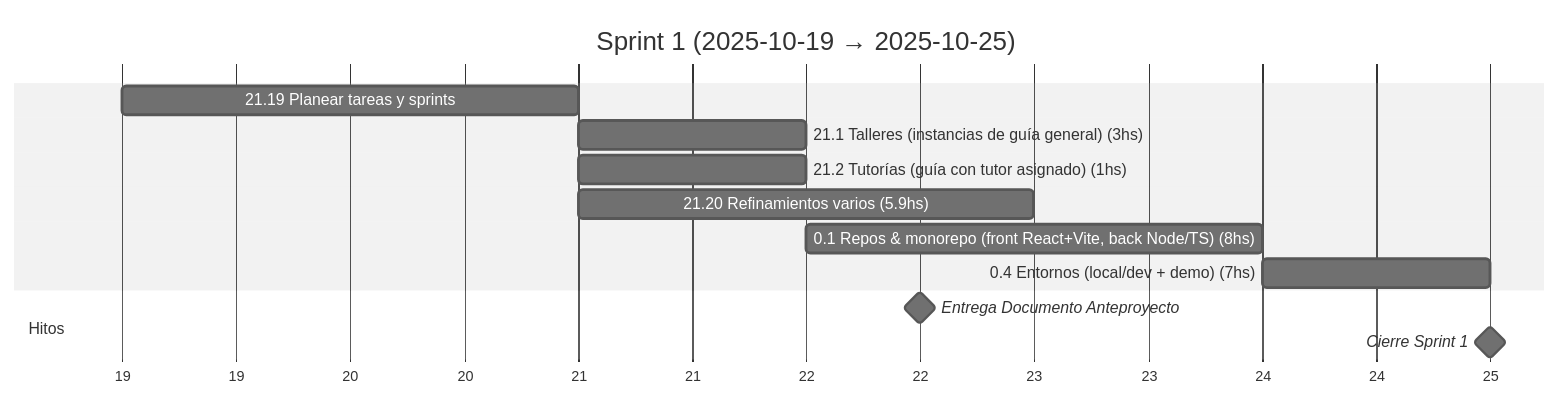
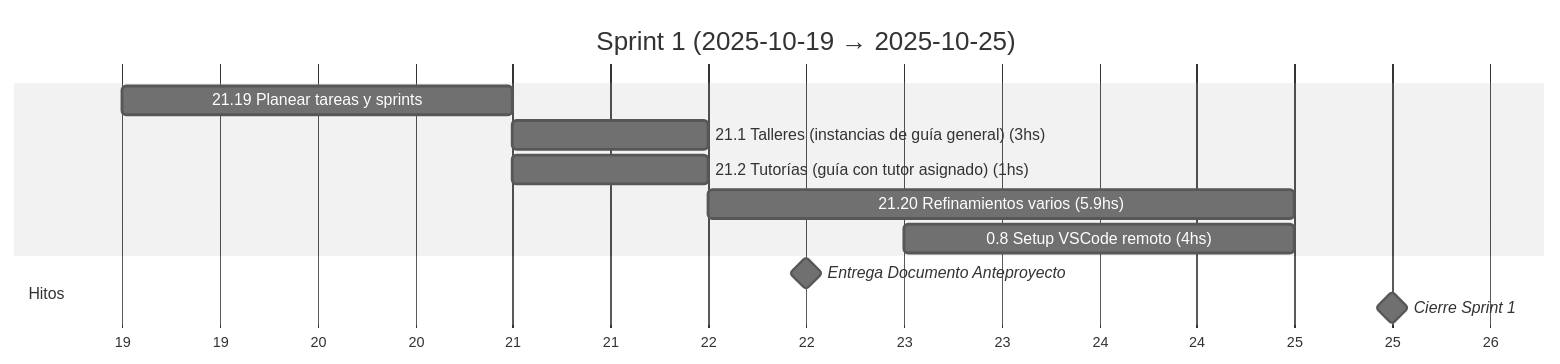
One commit to MarkMed/FleetMan changed the second of 18 diagrams in docs/SprintsGantts.md. Above: the diagram before and after it, drawn with Mermaid (neutral theme). The commit also changed 1 other file, not shown here.

Commit message:
Update task details and buffer hours in Sprint planning and Gantt chart

````diff
--- a/docs/SprintsGantts.md
+++ b/docs/SprintsGantts.md
@@ -57,19 +57,18 @@
 ```mermaid
 gantt
   title Sprint 1 (2025-10-19 → 2025-10-25)
   dateFormat  YYYY-MM-DD
   axisFormat  %d
 
   %% Asumimos 5 h/día. Horas estimadas incluidas en el nombre.
 
   21.19 Planear tareas y sprints               :t2119, 2025-10-19, 2d
   21.1 Talleres (instancias de guía general) (3hs) :t211, after t2119, 1d
   21.2 Tutorías (guía con tutor asignado) (1hs)    :t212, after t2119, 1d
-  21.20 Refinamientos varios (5.9hs)           :t2120, 2025-10-21, 2d
-  0.1 Repos & monorepo (front React+Vite, back Node/TS) (8hs) :t01, after t212, 1.6d
-  0.4 Entornos (local/dev + demo) (7hs)        :t04, after t01, 1.4d
+  21.20 Refinamientos varios (5.9hs)           :t2120, 2025-10-22, 3d
+  0.8 Setup VSCode remoto (4hs)                   :t08, 2025-10-23, 2d
 
   section Hitos
   Entrega Documento Anteproyecto                :milestone, doc, 2025-10-22, 1d
-  Cierre Sprint 1                              :milestone, s1, 2025-10-25, 0d
+  Cierre Sprint 1                              :milestone, s1, 2025-10-25, 1d
 ```
````
